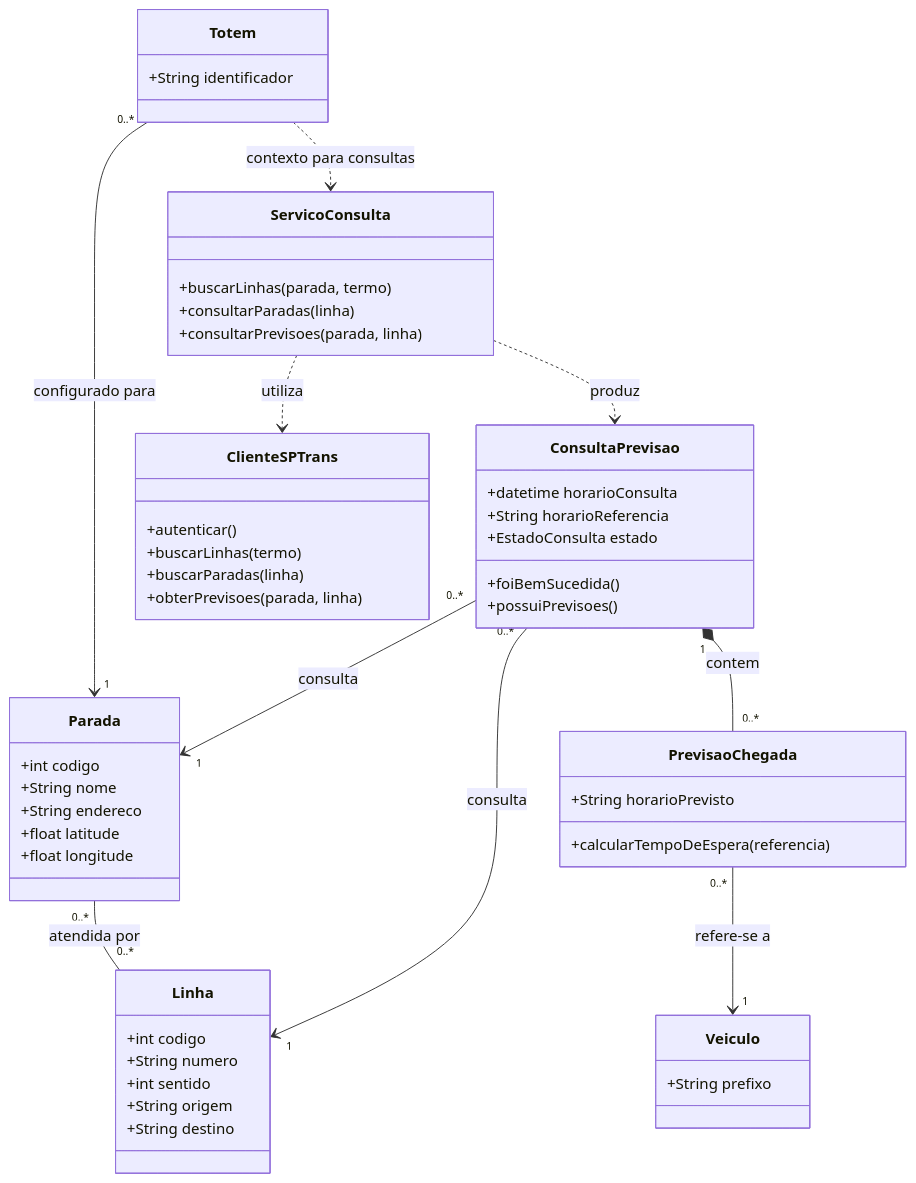
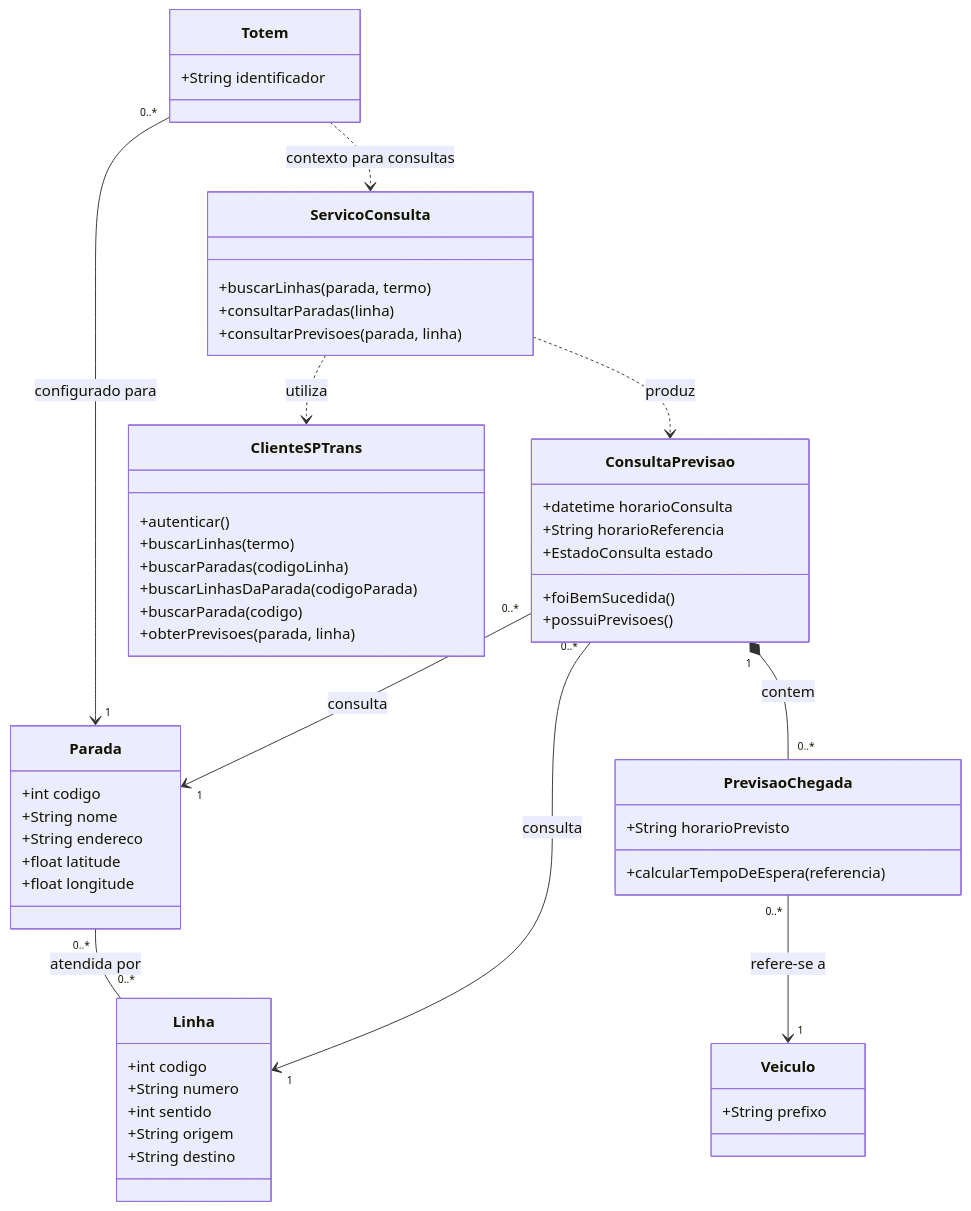
One commit to LoserManos/ViaSP changed the diagram in docs/produto/diagrama-de-classes.md. Above: the diagram before and after it, drawn with Mermaid. The commit also changed 2 other files, not shown here.

Commit message:
resolve #58

````diff
--- a/docs/produto/diagrama-de-classes.md
+++ b/docs/produto/diagrama-de-classes.md
@@ -5,55 +5,57 @@
 ```mermaid
 classDiagram
     class Totem {
         +String identificador
     }
     class ServicoConsulta {
         +buscarLinhas(parada, termo)
         +consultarParadas(linha)
         +consultarPrevisoes(parada, linha)
     }
     class ClienteSPTrans {
         +autenticar()
         +buscarLinhas(termo)
-        +buscarParadas(linha)
+        +buscarParadas(codigoLinha)
+        +buscarLinhasDaParada(codigoParada)
+        +buscarParada(codigo)
         +obterPrevisoes(parada, linha)
     }
     class Parada {
         +int codigo
         +String nome
         +String endereco
         +float latitude
         +float longitude
     }
     class Linha {
         +int codigo
         +String numero
         +int sentido
         +String origem
         +String destino
     }
     class ConsultaPrevisao {
         +datetime horarioConsulta
         +String horarioReferencia
         +EstadoConsulta estado
         +foiBemSucedida()
         +possuiPrevisoes()
     }
     class PrevisaoChegada {
         +String horarioPrevisto
         +calcularTempoDeEspera(referencia)
     }
     class Veiculo {
         +String prefixo
     }
 
     Totem "0..*" --> "1" Parada : configurado para
     Parada "0..*" -- "0..*" Linha : atendida por
     Totem ..> ServicoConsulta : contexto para consultas
     ServicoConsulta ..> ClienteSPTrans : utiliza
     ServicoConsulta ..> ConsultaPrevisao : produz
     ConsultaPrevisao "0..*" --> "1" Parada : consulta
     ConsultaPrevisao "0..*" --> "1" Linha : consulta
     ConsultaPrevisao "1" *-- "0..*" PrevisaoChegada : contem
     PrevisaoChegada "0..*" --> "1" Veiculo : refere-se a
 ```
````
